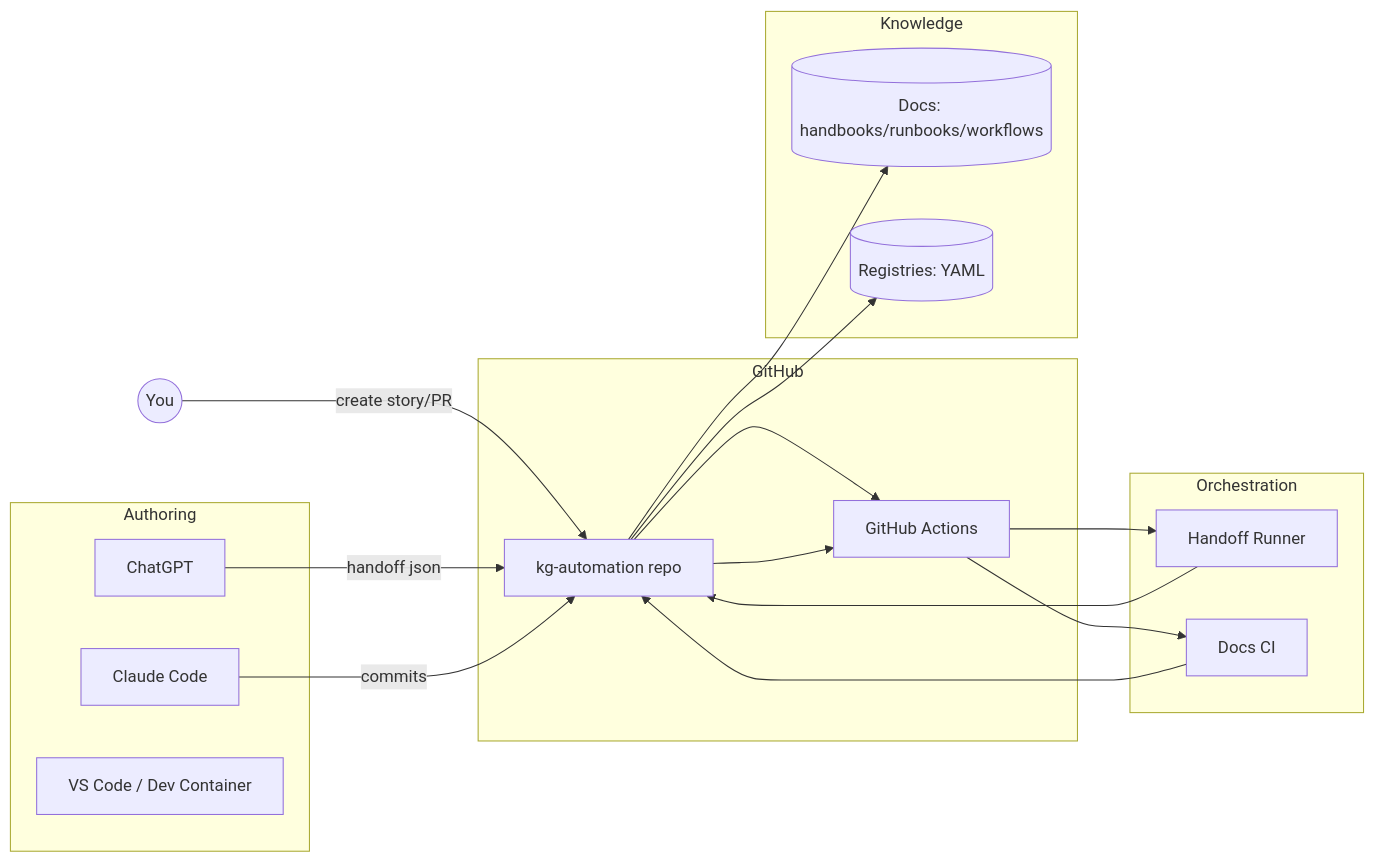
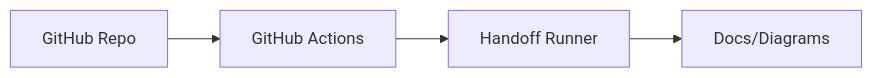
Before and after one commit to kentonium3/kg-automation: the diagram in docs/diagrams/integration-architecture.mmd, drawn with Mermaid. The commit also changed 8 other files, not shown here.

Commit message:
handoff: automated response by handoff-runner

```diff
--- a/docs/diagrams/integration-architecture.mmd
+++ b/docs/diagrams/integration-architecture.mmd
@@ -1,28 +1,5 @@
-%% Title: Integration Architecture — kg-automation
+%% Integration Architecture (placeholder)
 flowchart LR
-  User((You))
-  subgraph GitHub[GitHub]
-    Repo[kg-automation repo]
-    Actions[GitHub Actions]
-  end
-  subgraph Authoring[Authoring]
-    ChatGPT
-    ClaudeCode[Claude Code]
-    VSCode[VS Code / Dev Container]
-  end
-  subgraph Orchestration[Orchestration]
-    Runner[Handoff Runner]
-    CI[Docs CI]
-  end
-  subgraph Knowledge[Knowledge]
-    Docs[(Docs: handbooks/runbooks/workflows)]
-    Registries[(Registries: YAML)]
-  end
-
-  User -->|create story/PR| Repo
-  ChatGPT -->|handoff json| Repo
-  ClaudeCode -->|commits| Repo
-  Repo --> Actions --> Runner --> Repo
-  Repo --> Actions --> CI --> Repo
-  Repo --> Docs
-  Repo --> Registries
+  Repo[GitHub Repo] --> Actions[GitHub Actions]
+  Actions --> Runner[Handoff Runner]
+  Runner --> Docs[Docs/Diagrams]
```
